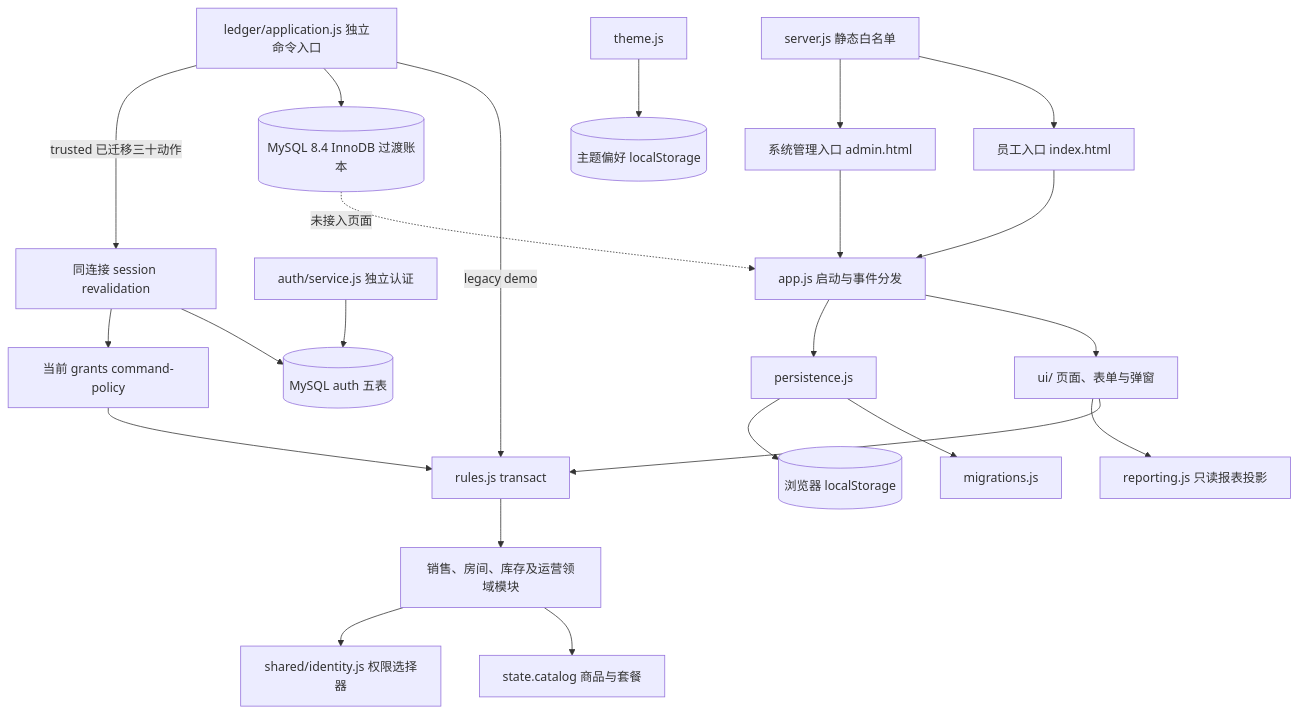
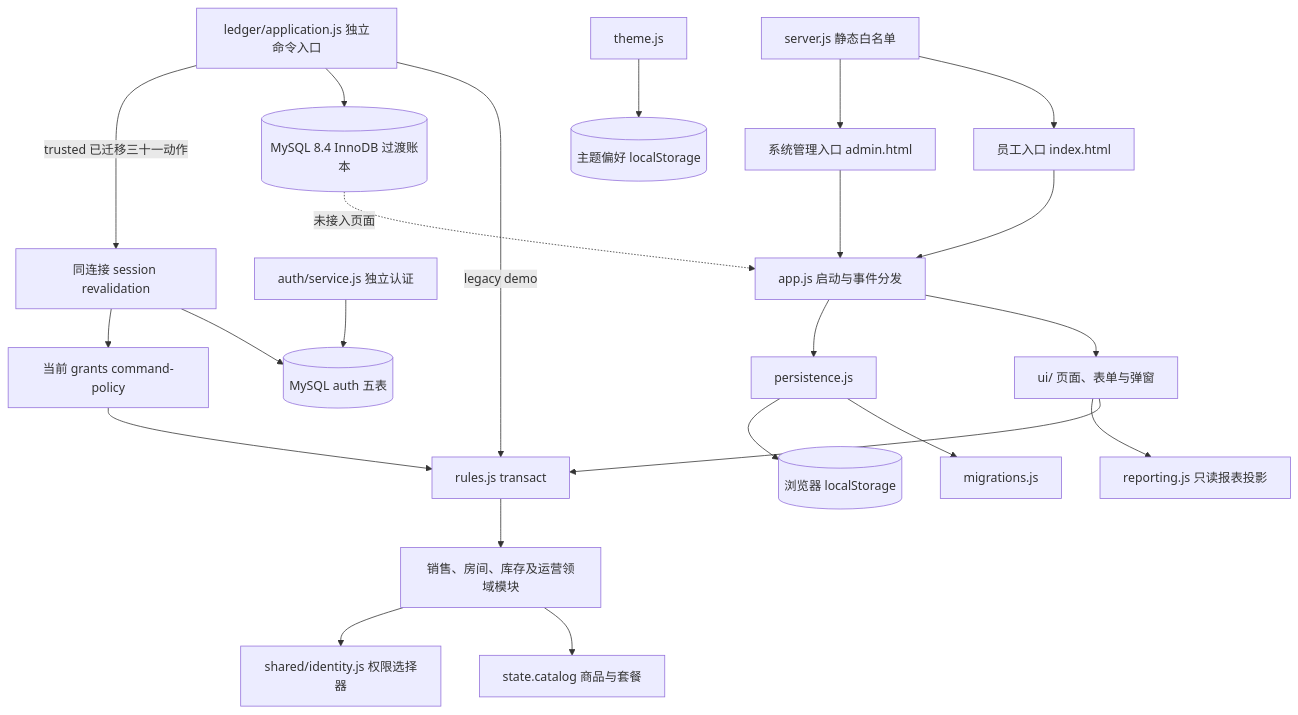
Before and after one commit to Richard-Zhuo/codex-KTV: the diagram in docs/ARCHITECTURE.md, drawn with Mermaid. The commit also changed other lines of this file and 22 other files, not shown here.

````diff
--- a/docs/ARCHITECTURE.md
+++ b/docs/ARCHITECTURE.md
@@ -7,25 +7,25 @@
 ```mermaid
 flowchart TD
   E[员工入口 index.html] --> APP[app.js 启动与事件分发]
   A[系统管理入口 admin.html] --> APP
   APP --> UI[ui/ 页面、表单与弹窗]
   APP --> P[persistence.js]
   P --> M[migrations.js]
   P --> LS[(浏览器 localStorage)]
   UI --> TX[rules.js transact]
   TX --> D[销售、房间、库存及运营领域模块]
   UI --> REP[reporting.js 只读报表投影]
   D --> C[state.catalog 商品与套餐]
   D --> ID[shared/identity.js 权限选择器]
   T[theme.js] --> PREF[(主题偏好 localStorage)]
   S[server.js 静态白名单] --> E
   S --> A
   L[ledger/application.js 独立命令入口] -->|legacy demo| TX
   L --> DB[(MySQL 8.4 InnoDB 过渡账本)]
   AUTH[auth/service.js 独立认证] --> AUTHDB[(MySQL auth 五表)]
-  L -->|trusted 已迁移三十动作| RV[同连接 session revalidation]
+  L -->|trusted 已迁移三十一动作| RV[同连接 session revalidation]
   RV --> AUTHDB
   RV --> CP[当前 grants command-policy]
   CP --> TX
   DB -. 未接入页面 .-> APP
 ```
````
